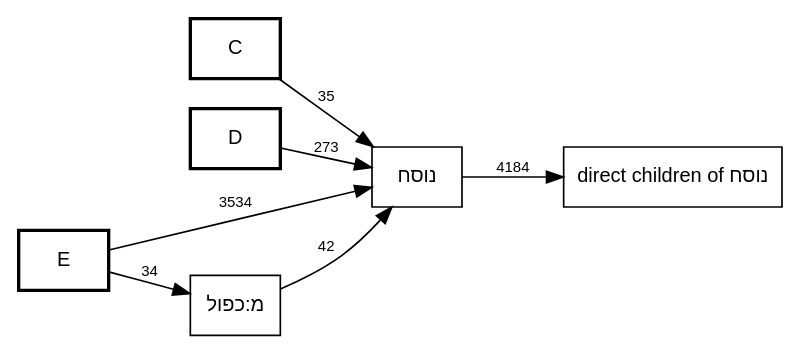
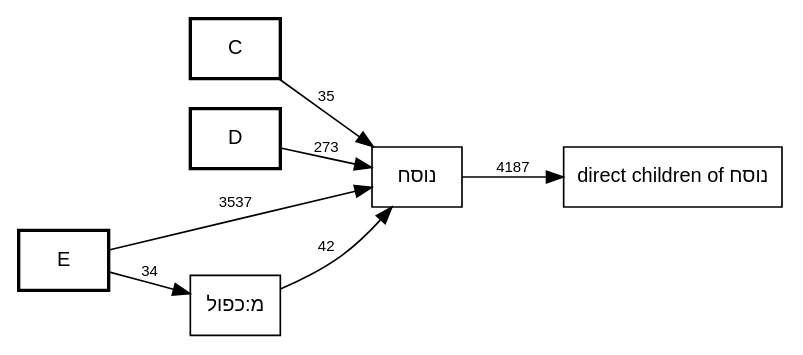
The diagram in out/MAM-tmpl-survey/plus-nusach-call-graph.dot (bdenckla/MAM-basics), drawn with Graphviz before and after one commit. The commit also changed 12 other files, not shown here.

```diff
--- a/out/MAM-tmpl-survey/plus-nusach-call-graph.dot
+++ b/out/MAM-tmpl-survey/plus-nusach-call-graph.dot
@@ -1,60 +1,60 @@
 digraph template_call_graph {
     rankdir=LR;
     node [fontname="SBL Hebrew,Helvetica", fontsize=12];
     edge [fontname="Helvetica", fontsize=9];
 
     // Column nodes
     node [shape=box, style=bold];
     "C";
     "D";
     "E";
 
     // Template nodes
     node [shape=box, style=""];
     "direct children of נוסח" [tooltip="כו\"ק
 כתיב ולא קרי
 מ:אות-מיוחדת-במילה
 מ:אין פרשה בתחילת פרק
 מ:אין פרשה בתחילת פרק בספרי אמ\"ת
 מ:דחי
 מ:הערה-2
 מ:כו\"ק בין שני מקפים
 מ:כו\"ק כתיב מילה חדה וקרי תרתין מילין
 מ:כו\"ק כתיב מילה חדה וקרי תרתין מילין בין שני מקפים
 מ:כו\"ק כתיב תרתין מילין וקרי מילה חדה
 מ:כו\"ק קרי שונה מהכתיב בשתי מילים
 מ:כו\"ק של שלוש מילים בהערה אחת
 מ:כו\"ק של שתי מילים בהערה אחת
 מ:לגרמיה-2
 מ:מקף אפור
 מ:נו\"ן הפוכה
 מ:פסוק
 מ:פסק
 מ:צינור
 מ:קו\"כ כתיב מילה חדה וקרי תרתין מילין
 מ:קו\"כ קרי שונה מהכתיב בשתי מילים
 מ:קישור בהערה
 מ:קישור פנימי בהערה
 מ:קמץ
 מודגש
 סס
 ססס
 פפ
 פפפ
 קו\"כ
 קו\"כ-אם
 קרי ולא כתיב
 ר0
 ר1
 ר3
 ר4
 ש"];
 
     // Edges
     "C" -> "נוסח" [label="35"];
     "D" -> "נוסח" [label="273"];
     "E" -> "מ:כפול" [label="34"];
-    "E" -> "נוסח" [label="3534"];
+    "E" -> "נוסח" [label="3537"];
     "מ:כפול" -> "נוסח" [label="42"];
-    "נוסח" -> "direct children of נוסח" [label="4184"];
+    "נוסח" -> "direct children of נוסח" [label="4187"];
 }
```
